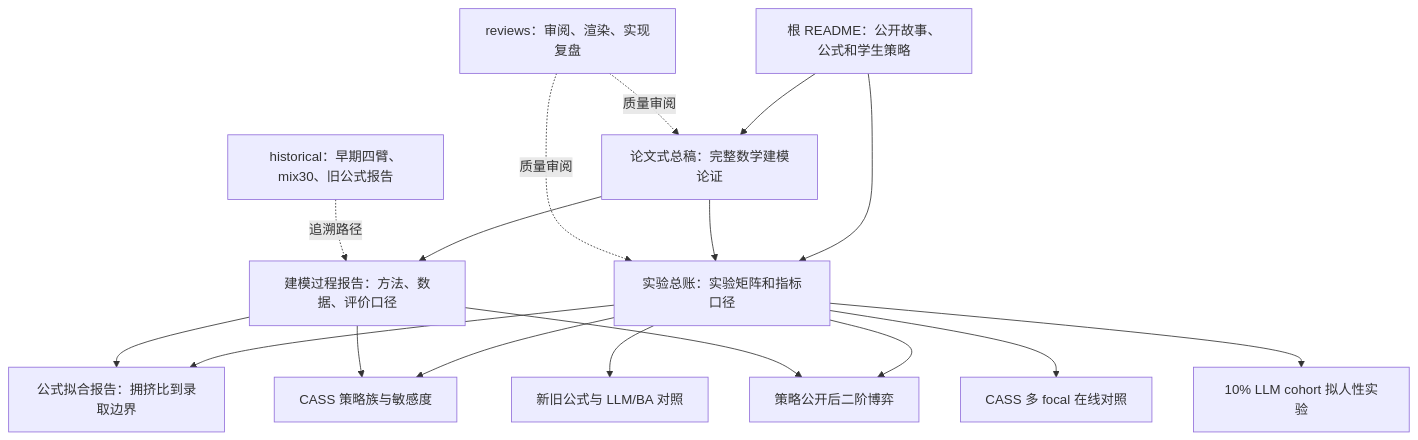
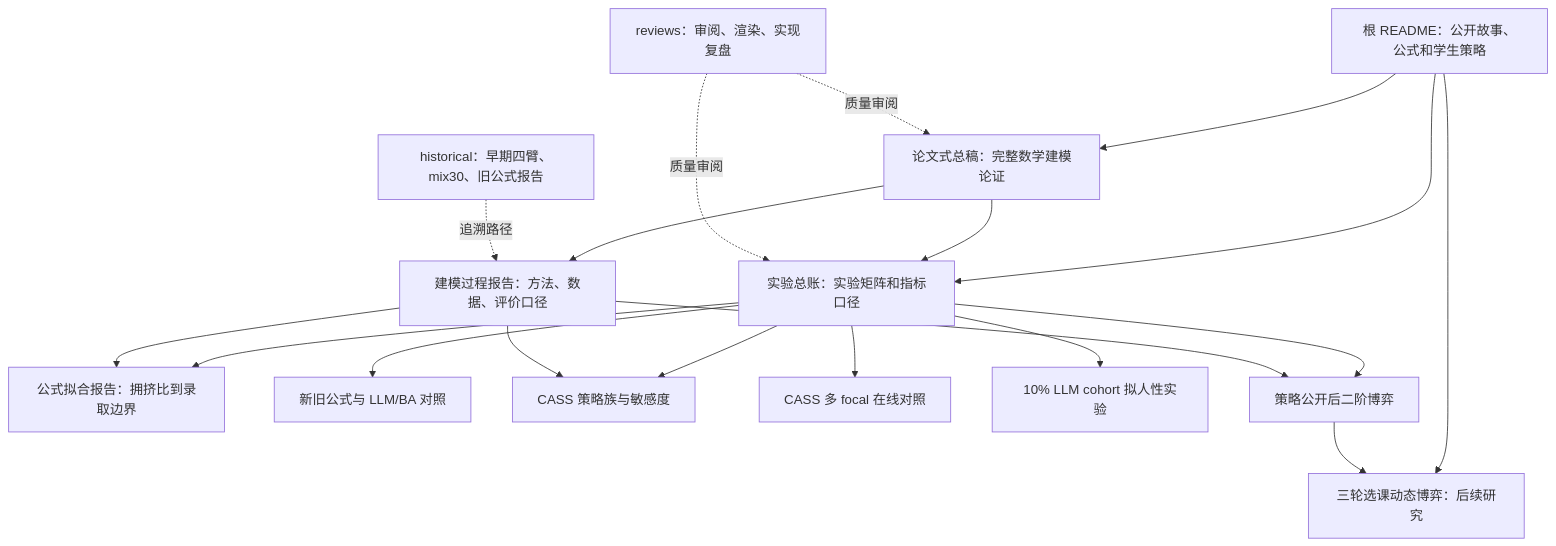
Before and after one commit to luciferase630/Npu-Course-selection: the diagram in reports/research_path/report_logic_and_citation_map.md, drawn with Mermaid. The commit also changed other lines of this file and 4 other files, not shown here.

````diff
--- a/reports/research_path/report_logic_and_citation_map.md
+++ b/reports/research_path/report_logic_and_citation_map.md
@@ -30,34 +30,37 @@
 ```mermaid
 flowchart TD
   README["根 README：公开故事、公式和学生策略"]
   Paper["论文式总稿：完整数学建模论证"]
   Matrix["实验总账：实验矩阵和指标口径"]
   Process["建模过程报告：方法、数据、评价口径"]
 
   FormulaFit["公式拟合报告：拥挤比到录取边界"]
   FormulaCompare["新旧公式与 LLM/BA 对照"]
   CassSensitivity["CASS 策略族与敏感度"]
   CassMulti["CASS 多 focal 在线对照"]
   LlmCohort["10% LLM cohort 拟人性实验"]
   PublicGame["策略公开后二阶博弈"]
+  FutureRounds["三轮选课动态博弈：后续研究"]
 
   Reviews["reviews：审阅、渲染、实现复盘"]
   Historical["historical：早期四臂、mix30、旧公式报告"]
 
   README --> Paper
   README --> Matrix
   Paper --> Matrix
   Paper --> Process
   Matrix --> FormulaFit
   Matrix --> FormulaCompare
   Matrix --> CassSensitivity
   Matrix --> CassMulti
   Matrix --> LlmCohort
   Matrix --> PublicGame
+  README --> FutureRounds
   Process --> FormulaFit
   Process --> CassSensitivity
   Process --> PublicGame
+  PublicGame --> FutureRounds
   Reviews -.质量审阅.-> Paper
   Reviews -.质量审阅.-> Matrix
   Historical -.追溯路径.-> Process
 ```
````
